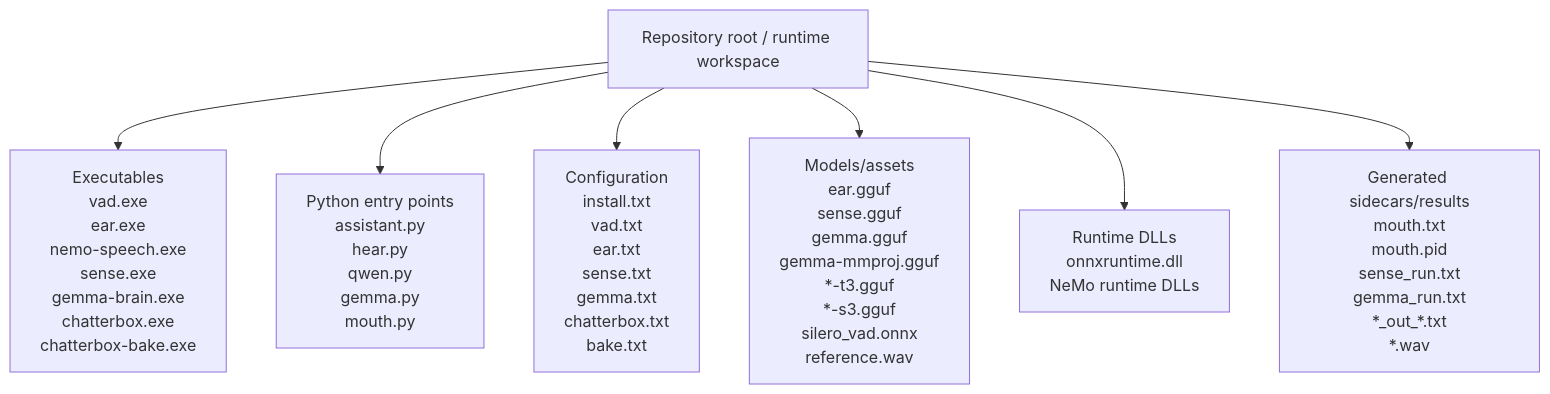
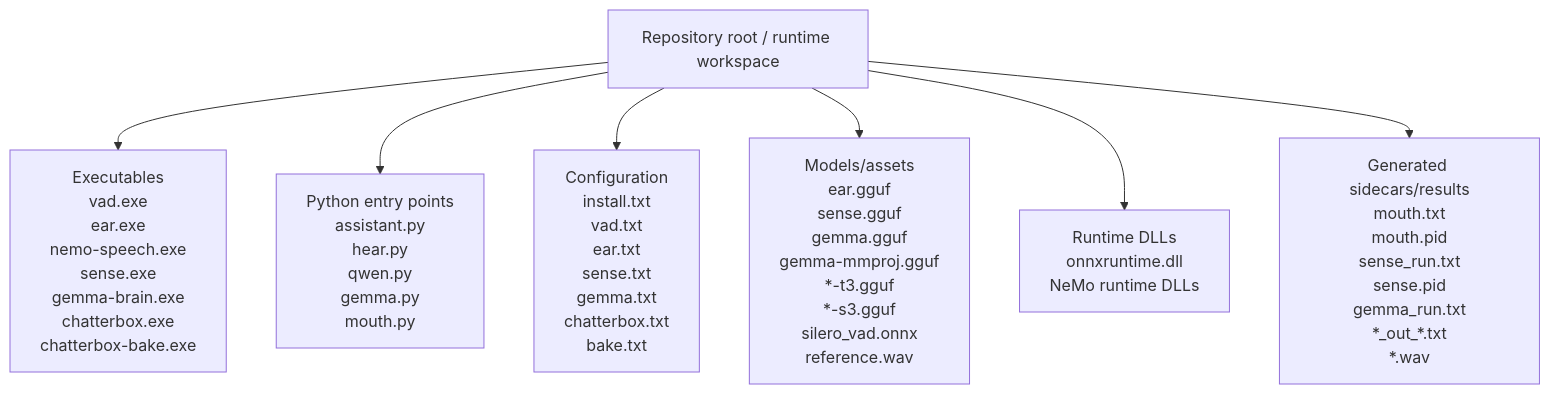
The fourth of 8 diagrams in README.md (wgabrys88/Trident), drawn with Mermaid before and after one commit. The commit also changed other lines of this file and 4 other files, not shown here.

````diff
--- a/README.md
+++ b/README.md
@@ -390,11 +413,11 @@
 ```mermaid
 flowchart TB
     ROOT[Repository root / runtime workspace]
 
     ROOT --> EXE[Executables<br/>vad.exe<br/>ear.exe<br/>nemo-speech.exe<br/>sense.exe<br/>gemma-brain.exe<br/>chatterbox.exe<br/>chatterbox-bake.exe]
     ROOT --> PY[Python entry points<br/>assistant.py<br/>hear.py<br/>qwen.py<br/>gemma.py<br/>mouth.py]
     ROOT --> CFG[Configuration<br/>install.txt<br/>vad.txt<br/>ear.txt<br/>sense.txt<br/>gemma.txt<br/>chatterbox.txt<br/>bake.txt]
     ROOT --> MODEL[Models/assets<br/>ear.gguf<br/>sense.gguf<br/>gemma.gguf<br/>gemma-mmproj.gguf<br/>*-t3.gguf<br/>*-s3.gguf<br/>silero_vad.onnx<br/>reference.wav]
     ROOT --> DLL[Runtime DLLs<br/>onnxruntime.dll<br/>NeMo runtime DLLs]
-    ROOT --> RUN[Generated sidecars/results<br/>mouth.txt<br/>mouth.pid<br/>sense_run.txt<br/>gemma_run.txt<br/>*_out_*.txt<br/>*.wav]
+    ROOT --> RUN[Generated sidecars/results<br/>mouth.txt<br/>mouth.pid<br/>sense_run.txt<br/>sense.pid<br/>gemma_run.txt<br/>*_out_*.txt<br/>*.wav]
 ```
````
